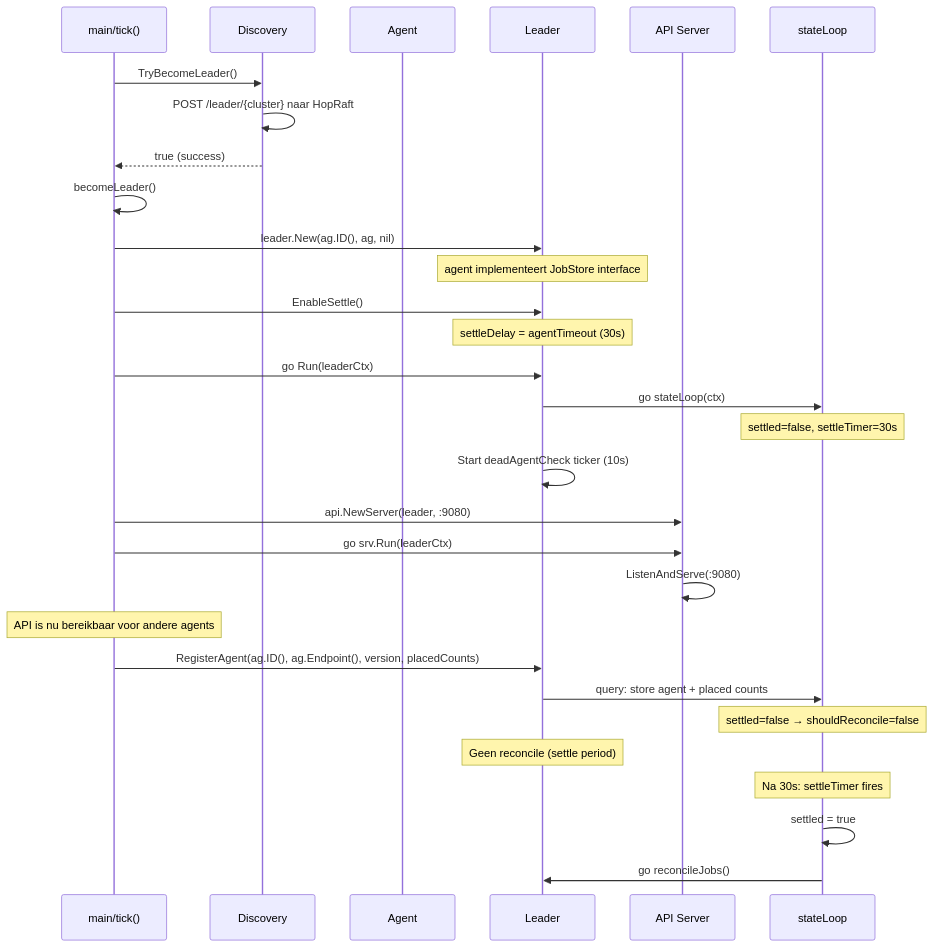
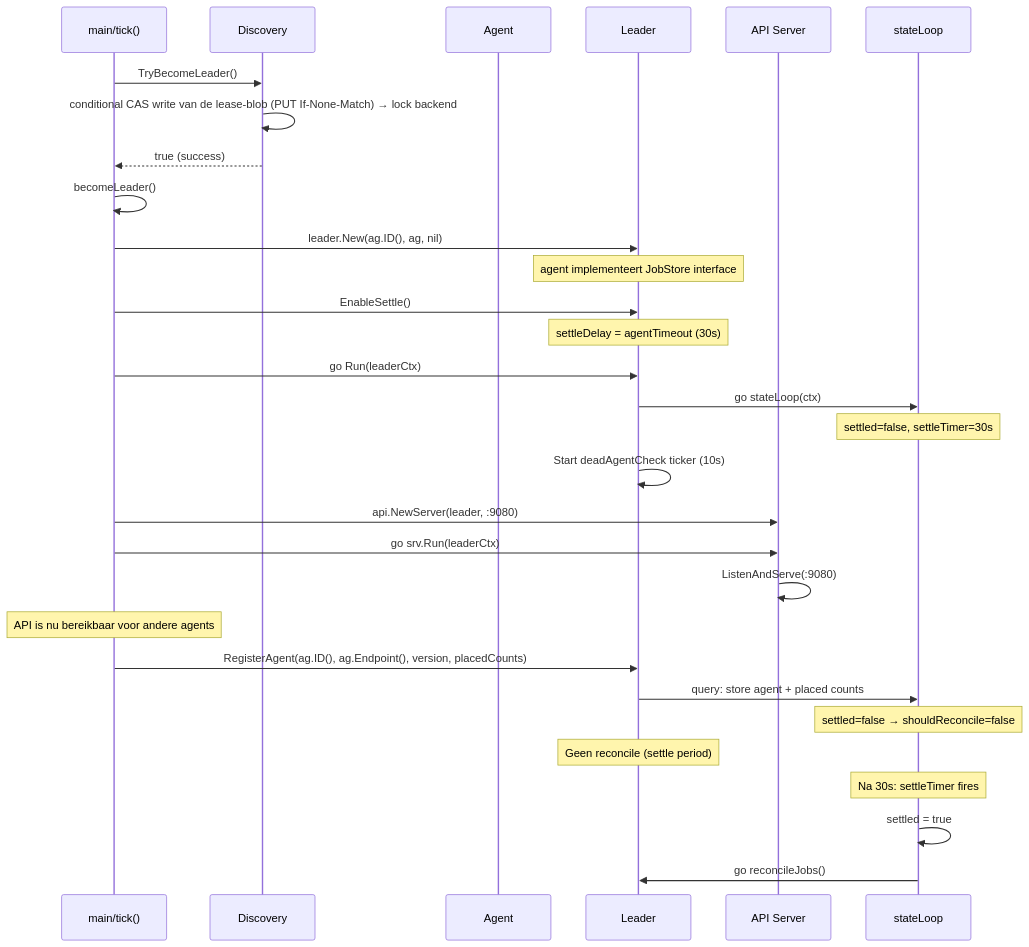
Before and after one commit to xinix00/easyrun: the second of 14 diagrams in SEQUENCES.md, drawn with Mermaid. The commit also changed other lines of this file and 3 other files, not shown here.

First line of the commit message:
docs: replace stale HopRaft references with hoplock lease election

````diff
--- a/SEQUENCES.md
+++ b/SEQUENCES.md
@@ -79,41 +80,41 @@
 ```mermaid
 sequenceDiagram
     participant M as main/tick()
     participant D as Discovery
     participant A as Agent
     participant L as Leader
     participant API as API Server
     participant SL as stateLoop
 
     M->>D: TryBecomeLeader()
-    D->>D: POST /leader/{cluster} naar HopRaft
+    D->>D: conditional CAS write van de lease-blob (PUT If-None-Match) → lock backend
     D-->>M: true (success)
 
     M->>M: becomeLeader()
 
     M->>L: leader.New(ag.ID(), ag, nil)
     Note over L: agent implementeert JobStore interface
     M->>L: EnableSettle()
     Note over L: settleDelay = agentTimeout (30s)
 
     M->>L: go Run(leaderCtx)
     L->>SL: go stateLoop(ctx)
     Note over SL: settled=false, settleTimer=30s
 
     L->>L: Start deadAgentCheck ticker (10s)
 
     M->>API: api.NewServer(leader, :9080)
     M->>API: go srv.Run(leaderCtx)
     API->>API: ListenAndServe(:9080)
 
     Note over M: API is nu bereikbaar voor andere agents
 
     M->>L: RegisterAgent(ag.ID(), ag.Endpoint(), version, placedCounts)
     L->>SL: query: store agent + placed counts
     Note over SL: settled=false → shouldReconcile=false
     Note over L: Geen reconcile (settle period)
 
     Note over SL: Na 30s: settleTimer fires
     SL->>SL: settled = true
     SL->>L: go reconcileJobs()
 ```
````
